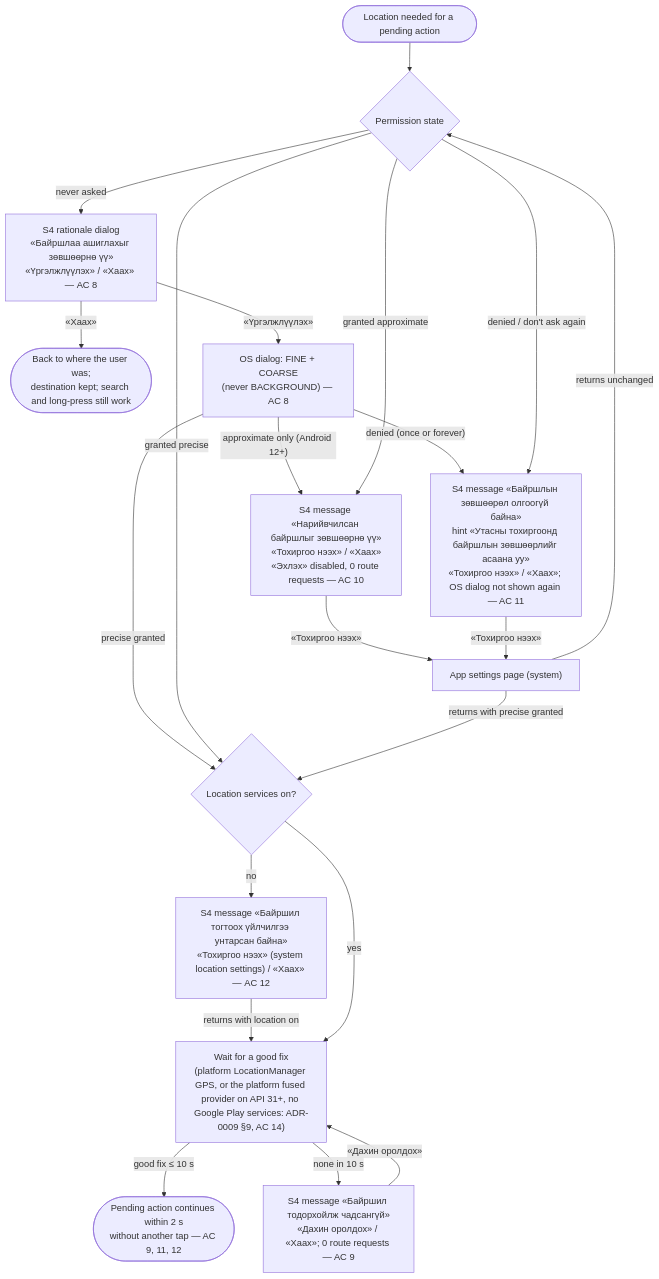
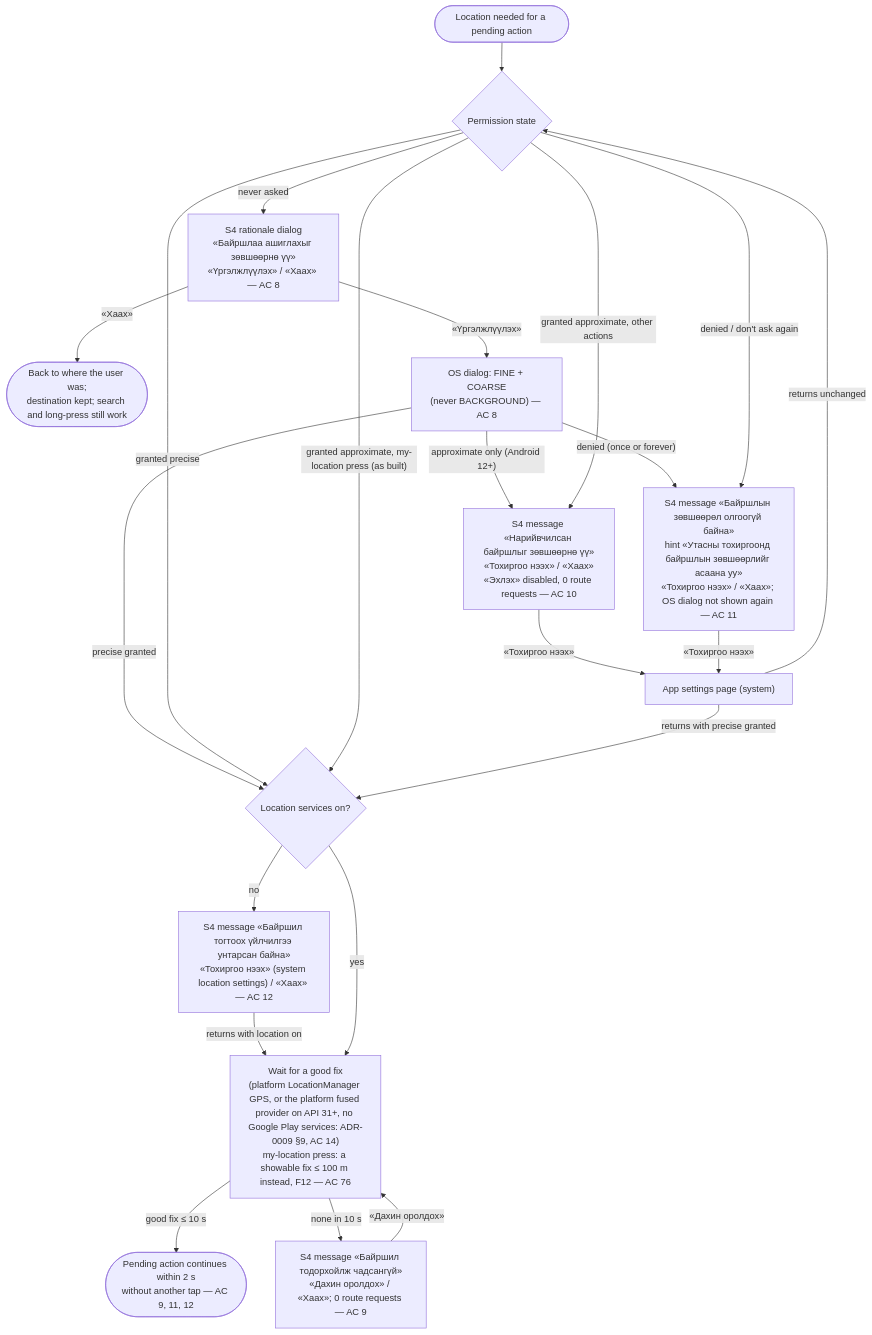
Before and after one commit to Uranbold/test.github.io: the fourth of 14 diagrams in docs/design/flows/NAV-005-android-navigation.md, drawn with Mermaid. The commit also changed other lines of this file and 16 other files, not shown here.

First line of the commit message:
Offline stories NAV-020..NAV-023 and PRD draft; NAV-005 location-dot design (map style, tokens, wireframe) and ADR-0009 amendment

````diff
--- a/docs/design/flows/NAV-005-android-navigation.md
+++ b/docs/design/flows/NAV-005-android-navigation.md
@@ -62,23 +64,24 @@
 ```mermaid
 flowchart TD
     E(["Location needed for a pending action"]) --> PG{"Permission state"}
     PG -- "never asked" --> RA["S4 rationale dialog<br/>«Байршлаа ашиглахыг зөвшөөрнө үү»<br/>«Үргэлжлүүлэх» / «Хаах» — AC 8"]
     RA -- "«Хаах»" --> X1(["Back to where the user was;<br/>destination kept; search and long-press still work"])
     RA -- "«Үргэлжлүүлэх»" --> OS["OS dialog: FINE + COARSE<br/>(never BACKGROUND) — AC 8"]
     OS -- "precise granted" --> SV
     OS -- "approximate only (Android 12+)" --> AP
     OS -- "denied (once or forever)" --> DN
     PG -- "granted precise" --> SV
-    PG -- "granted approximate" --> AP["S4 message «Нарийвчилсан байршлыг зөвшөөрнө үү»<br/>«Тохиргоо нээх» / «Хаах»<br/>«Эхлэх» disabled, 0 route requests — AC 10"]
+    PG -- "granted approximate, my-location press (as built)" --> SV
+    PG -- "granted approximate, other actions" --> AP["S4 message «Нарийвчилсан байршлыг зөвшөөрнө үү»<br/>«Тохиргоо нээх» / «Хаах»<br/>«Эхлэх» disabled, 0 route requests — AC 10"]
     PG -- "denied / don't ask again" --> DN["S4 message «Байршлын зөвшөөрөл олгоогүй байна»<br/>hint «Утасны тохиргоонд байршлын зөвшөөрлийг асаана уу»<br/>«Тохиргоо нээх» / «Хаах»; OS dialog not shown again — AC 11"]
     AP -- "«Тохиргоо нээх»" --> APPSET["App settings page (system)"]
     DN -- "«Тохиргоо нээх»" --> APPSET
     APPSET -- "returns with precise granted" --> SV
     APPSET -- "returns unchanged" --> PG
     SV{"Location services on?"} -- no --> LS["S4 message «Байршил тогтоох үйлчилгээ унтарсан байна»<br/>«Тохиргоо нээх» (system location settings) / «Хаах» — AC 12"]
     LS -- "returns with location on" --> FX
-    SV -- yes --> FX["Wait for a good fix<br/>(platform LocationManager GPS, or the platform fused provider on API 31+, no Google Play services: ADR-0009 §9, AC 14)"]
+    SV -- yes --> FX["Wait for a good fix<br/>(platform LocationManager GPS, or the platform fused provider on API 31+, no Google Play services: ADR-0009 §9, AC 14)<br/>my-location press: a showable fix ≤ 100 m instead, F12 — AC 76"]
     FX -- "good fix ≤ 10 s" --> OK(["Pending action continues within 2 s<br/>without another tap — AC 9, 11, 12"])
     FX -- "none in 10 s" --> NF["S4 message «Байршил тодорхойлж чадсангүй»<br/>«Дахин оролдох» / «Хаах»; 0 route requests — AC 9"]
     NF -- "«Дахин оролдох»" --> FX
 ```
````
